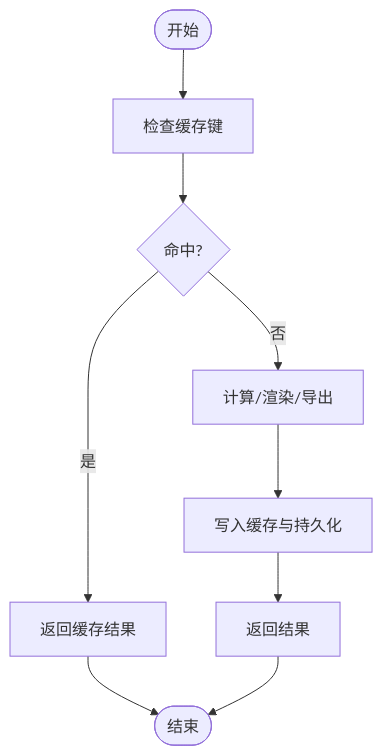
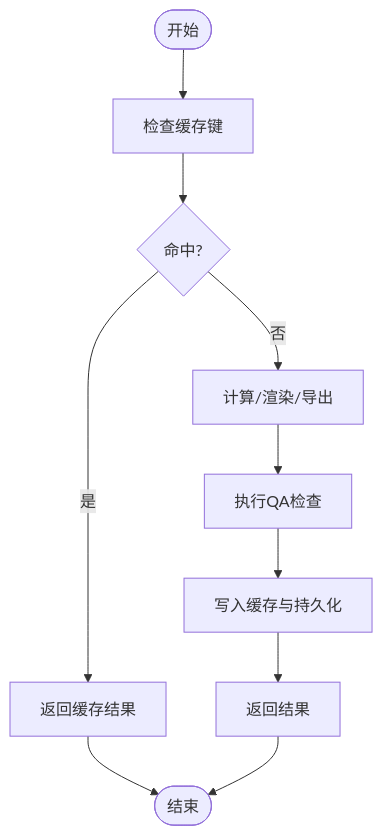
Before and after one commit to AIMFllyYS/code-video-canvas: the fourth of 6 diagrams in .qoder/repowiki/zh/content/数据库设计.md, drawn with Mermaid. The commit also changed other lines of this file and 7 other files, not shown here.

````diff
--- a/.qoder/repowiki/zh/content/数据库设计.md
+++ b/.qoder/repowiki/zh/content/数据库设计.md
@@ -265,11 +315,12 @@
 ```mermaid
 flowchart TD
 Start(["开始"]) --> CheckCache["检查缓存键"]
 CheckCache --> Hit{"命中?"}
 Hit --> |是| ReturnCached["返回缓存结果"]
 Hit --> |否| Compute["计算/渲染/导出"]
-Compute --> Store["写入缓存与持久化"]
+Compute --> QACheck["执行QA检查"]
+QACheck --> Store["写入缓存与持久化"]
 Store --> ReturnResult["返回结果"]
 ReturnCached --> End(["结束"])
 ReturnResult --> End
 ```
````
